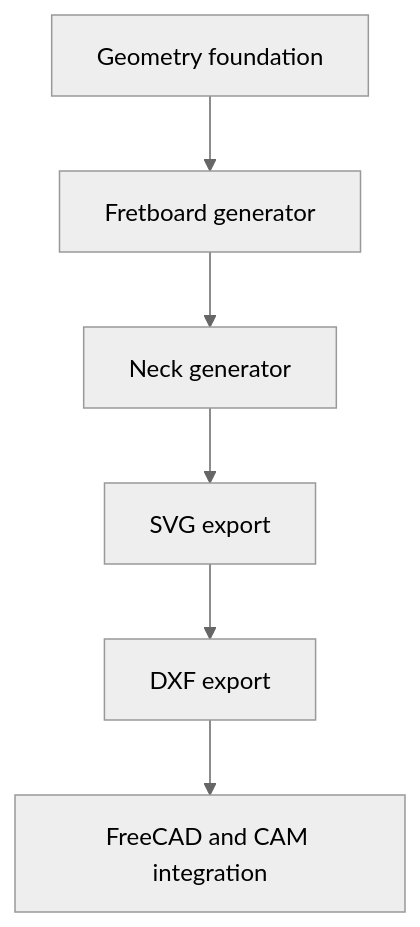
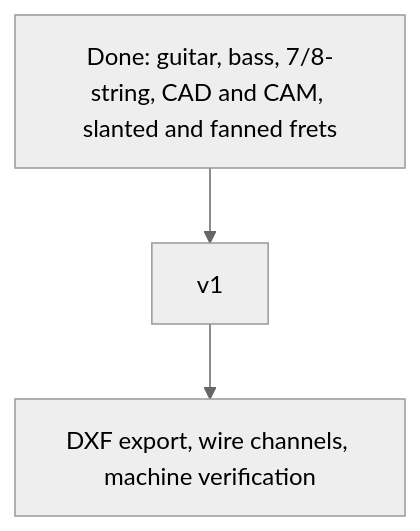
One commit to jolappi/CNCguitarwizard changed the diagram in ROADMAP.md. Above: the diagram before and after it, drawn with Mermaid (neutral theme). The commit also changed other lines of this file and 53 other files, not shown here.

````diff
--- a/ROADMAP.md
+++ b/ROADMAP.md
@@ -28,8 +44,5 @@
 ```mermaid
 flowchart TD
-    Foundation["Geometry foundation"] --> Fretboard["Fretboard generator"]
-    Fretboard --> Neck["Neck generator"]
-    Neck --> SVG["SVG export"]
-    SVG --> DXF["DXF export"]
-    DXF --> CAD["FreeCAD and CAM integration"]
+    Done["Done: guitar, bass, 7/8-string, CAD and CAM, slanted and fanned frets"] --> V1["v1"]
+    V1 --> Later["DXF export, wire channels, machine verification"]
 ```
````
